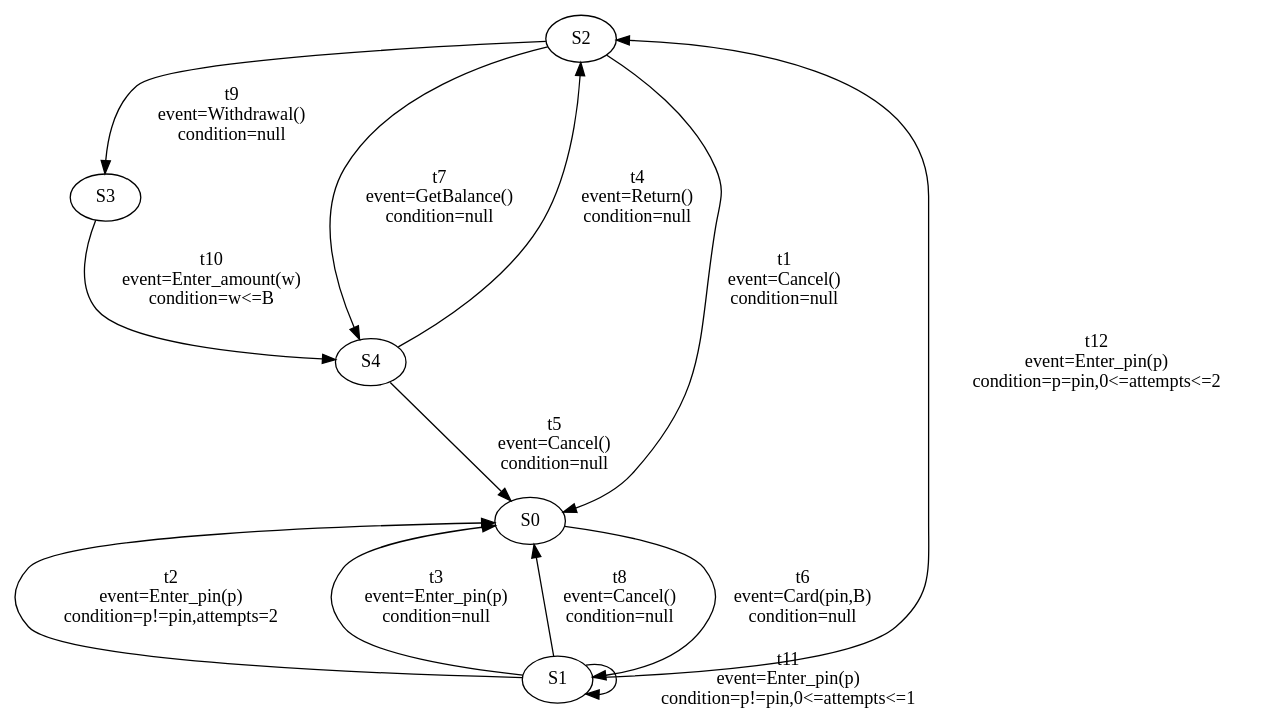
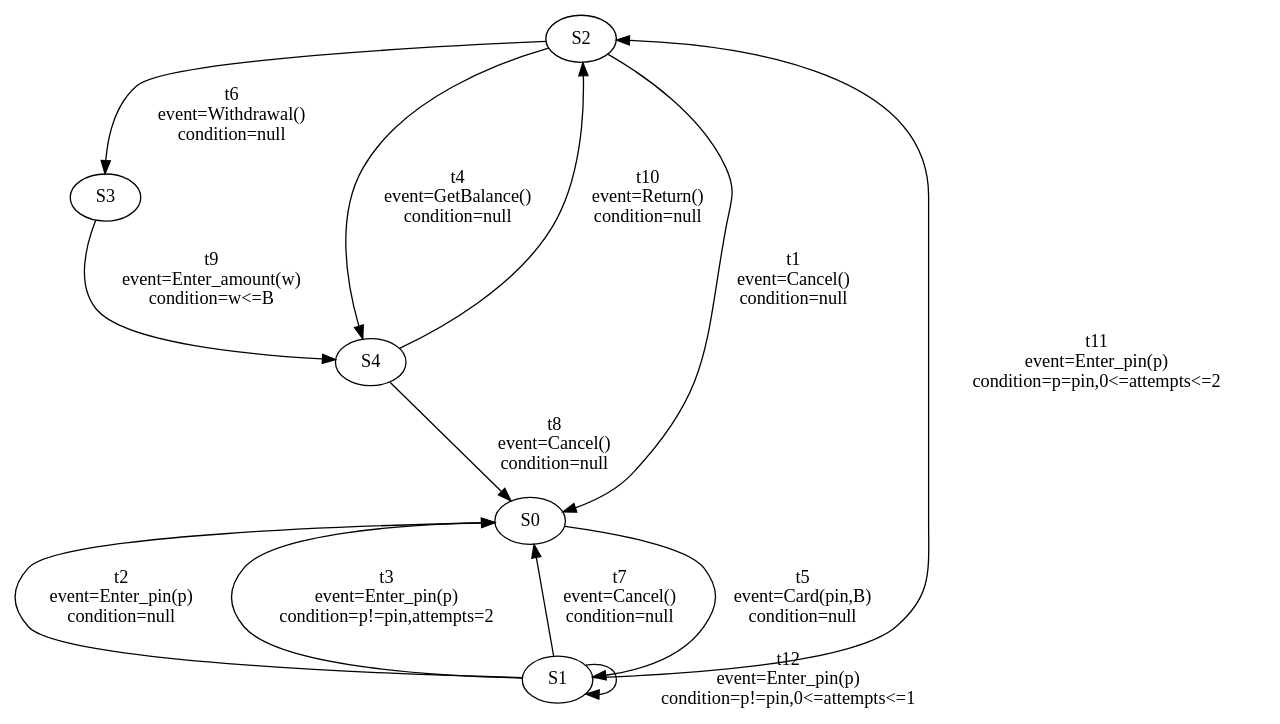
The diagram in file/result1.dot (Catxiaobai/project), drawn with Graphviz before and after one commit. The commit also changed 143 other files, not shown here.

```diff
--- a/file/result1.dot
+++ b/file/result1.dot
@@ -1,38 +1,38 @@
 digraph g {
  S2 -> S0 [ label="t1
 event=Cancel()
 condition=null" ];
  S1 -> S0 [ label="t2
 event=Enter_pin(p)
-condition=p!=pin,attempts=2" ];
+condition=null" ];
  S1 -> S0 [ label="t3
 event=Enter_pin(p)
+condition=p!=pin,attempts=2" ];
+ S2 -> S4 [ label="t4
+event=GetBalance()
 condition=null" ];
- S4 -> S2 [ label="t4
+ S0 -> S1 [ label="t5
+event=Card(pin,B)
+condition=null" ];
+ S2 -> S3 [ label="t6
+event=Withdrawal()
+condition=null" ];
+ S1 -> S0 [ label="t7
+event=Cancel()
+condition=null" ];
+ S4 -> S0 [ label="t8
+event=Cancel()
+condition=null" ];
+ S3 -> S4 [ label="t9
+event=Enter_amount(w)
+condition=w<=B" ];
+ S4 -> S2 [ label="t10
 event=Return()
 condition=null" ];
- S4 -> S0 [ label="t5
-event=Cancel()
-condition=null" ];
- S0 -> S1 [ label="t6
-event=Card(pin,B)
-condition=null" ];
- S2 -> S4 [ label="t7
-event=GetBalance()
-condition=null" ];
- S1 -> S0 [ label="t8
-event=Cancel()
-condition=null" ];
- S2 -> S3 [ label="t9
-event=Withdrawal()
-condition=null" ];
- S3 -> S4 [ label="t10
-event=Enter_amount(w)
-condition=w<=B" ];
- S1 -> S1 [ label="t11
+ S1 -> S2 [ label="t11
+event=Enter_pin(p)
+condition=p=pin,0<=attempts<=2" ];
+ S1 -> S1 [ label="t12
 event=Enter_pin(p)
 condition=p!=pin,0<=attempts<=1" ];
- S1 -> S2 [ label="t12
-event=Enter_pin(p)
-condition=p=pin,0<=attempts<=2" ];
 }
```
